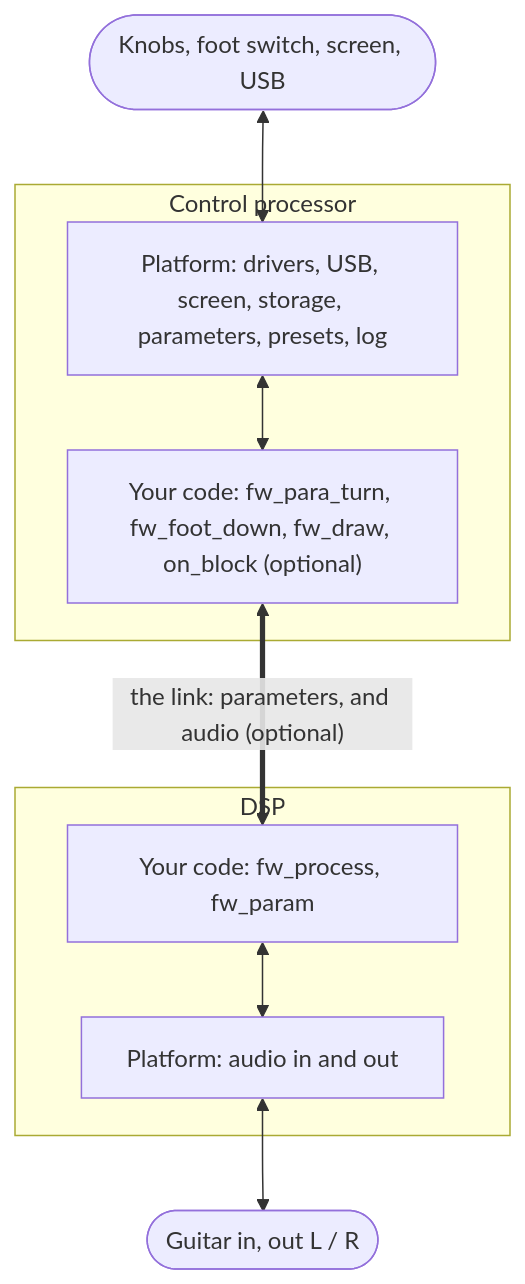
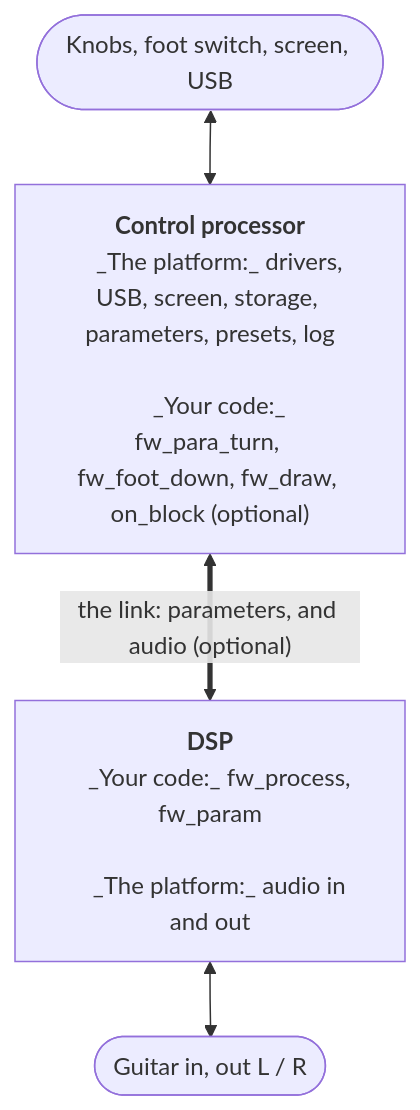
One commit to OpenGP5/OpenGP5 changed the first of 2 diagrams in docs/platform/concepts.md. Above: the diagram before and after it, drawn with Mermaid.

Commit message:
How a firmware works: the chart's arrows no longer run through the processors' titles

````diff
--- a/docs/platform/concepts.md
+++ b/docs/platform/concepts.md
@@ -25,12 +25,16 @@
 ```mermaid
 flowchart TB
-    io(["Knobs, foot switch, screen, USB"]) <--> cp
-    subgraph ctl["Control processor"]
-        cp["Platform: drivers, USB, screen, storage, parameters, presets, log"] <--> cf["Your code: fw_para_turn, fw_foot_down, fw_draw, on_block (optional)"]
-    end
-    cf <== "the link: parameters, and audio (optional)" ==> df
-    subgraph dsp["DSP"]
-        df["Your code: fw_process, fw_param"] <--> dp["Platform: audio in and out"]
-    end
-    dp <--> audio(["Guitar in, out L / R"])
+    io(["Knobs, foot switch, screen, USB"]) <--> ctl
+    ctl["`**Control processor**
+
+    _The platform:_ drivers, USB, screen, storage, parameters, presets, log
+
+    _Your code:_ fw_para_turn, fw_foot_down, fw_draw, on_block (optional)`"]
+    ctl <== "the link: parameters, and audio (optional)" ==> dsp
+    dsp["`**DSP**
+
+    _Your code:_ fw_process, fw_param
+
+    _The platform:_ audio in and out`"]
+    dsp <--> audio(["Guitar in, out L / R"])
 ```
````
